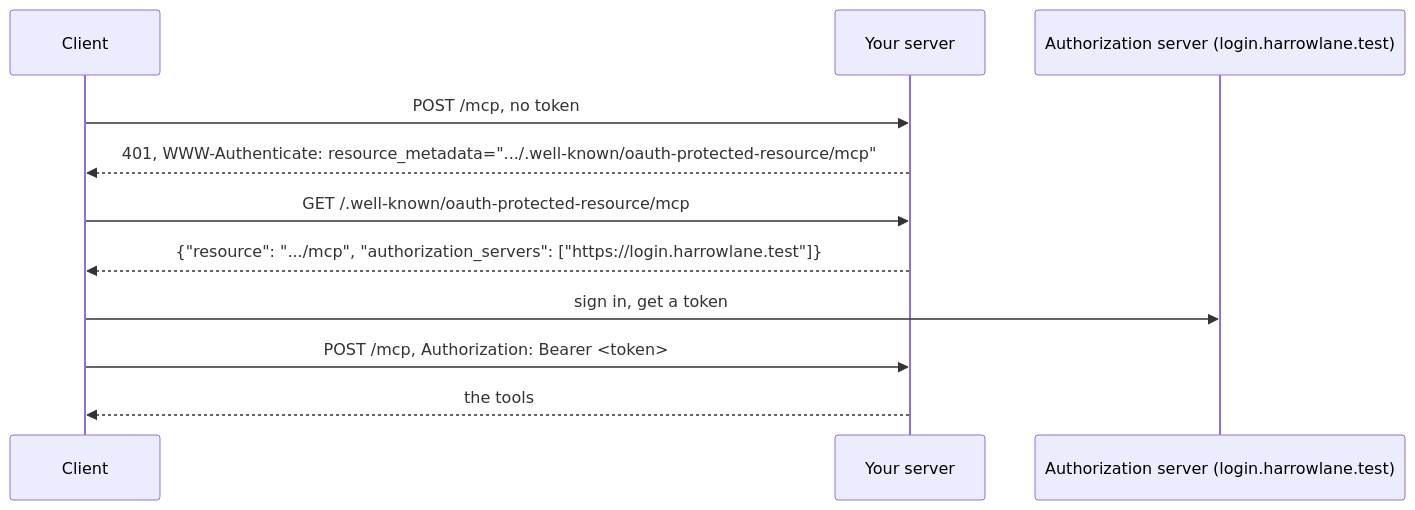
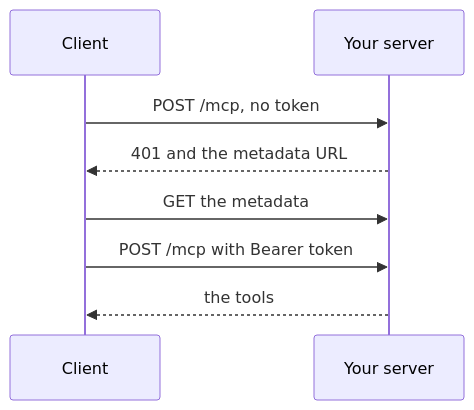
Before and after one commit to learnwithparam/mcp-workshop: the diagram in parts/03-open-the-server-safely/03-require-a-token/problem/README.md, drawn with Mermaid. The commit also changed other lines of this file and 153 other files, not shown here.

````diff
--- a/parts/03-open-the-server-safely/03-require-a-token/problem/README.md
+++ b/parts/03-open-the-server-safely/03-require-a-token/problem/README.md
@@ -15,13 +7,10 @@
 ```mermaid
 sequenceDiagram
   participant C as Client
   participant S as Your server
-  participant A as Authorization server (login.harrowlane.test)
   C->>S: POST /mcp, no token
-  S-->>C: 401, WWW-Authenticate: resource_metadata=".../.well-known/oauth-protected-resource/mcp"
-  C->>S: GET /.well-known/oauth-protected-resource/mcp
-  S-->>C: {"resource": ".../mcp", "authorization_servers": ["https://login.harrowlane.test"]}
-  C->>A: sign in, get a token
-  C->>S: POST /mcp, Authorization: Bearer <token>
+  S-->>C: 401 and the metadata URL
+  C->>S: GET the metadata
+  C->>S: POST /mcp with Bearer token
   S-->>C: the tools
 ```
````
